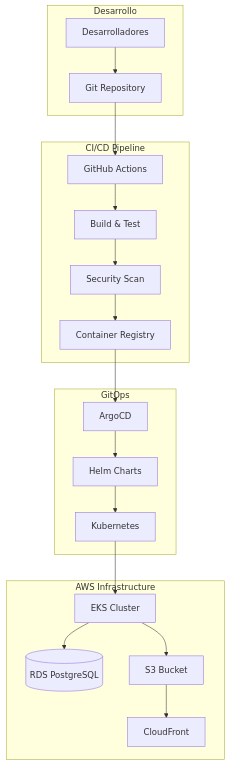
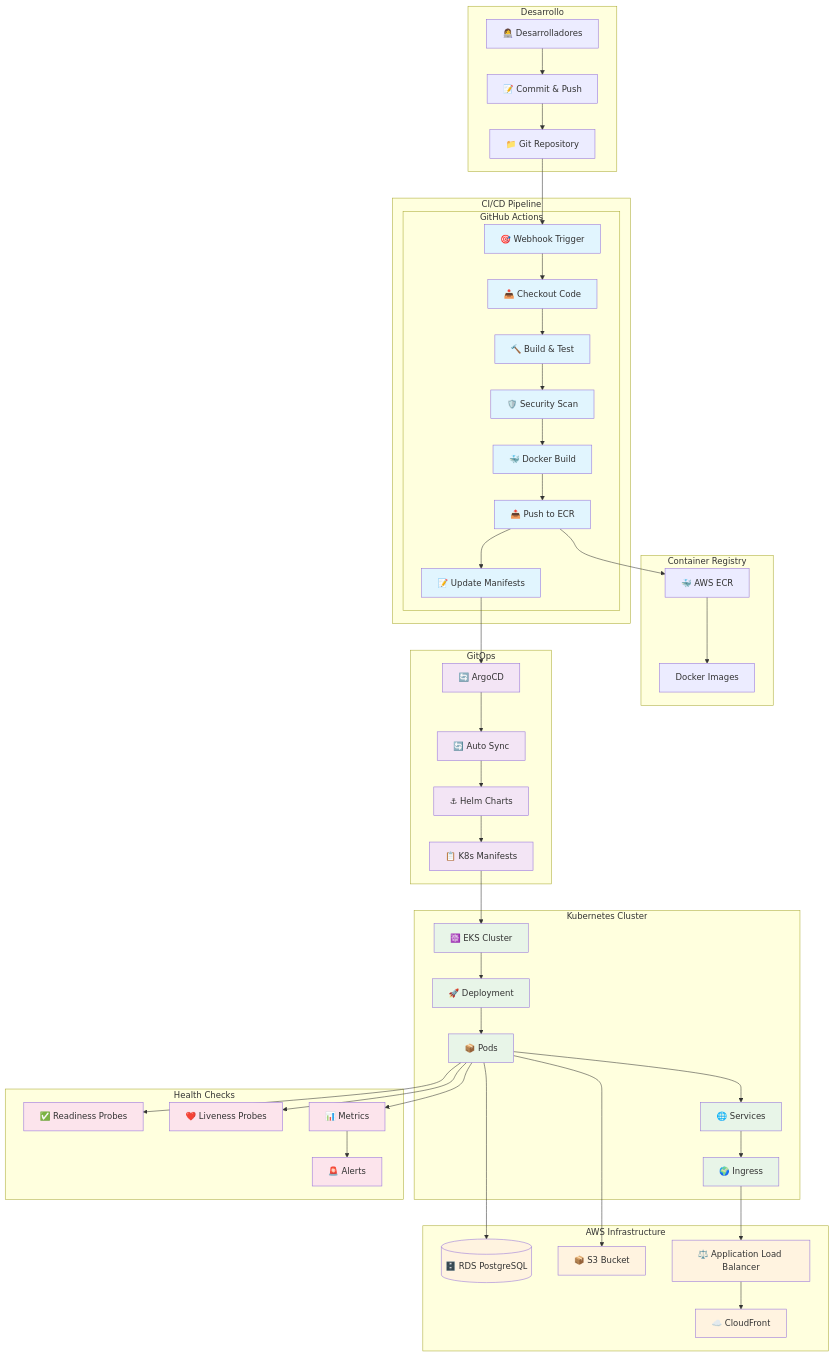
The diagram in deployment.mdx (retrogamecloud/docs), drawn with Mermaid before and after one commit. The commit also changed other lines of this file and 19 other files, not shown here.

````diff
--- a/deployment.mdx
+++ b/deployment.mdx
@@ -13,41 +13,101 @@
 ```mermaid
 graph TB
     subgraph "Desarrollo"
-        DEV[Desarrolladores]
-        GIT[Git Repository]
+        DEV[👩‍💻 Desarrolladores]
+        GIT[📁 Git Repository]
+        COMMIT[📝 Commit & Push]
     end
 
     subgraph "CI/CD Pipeline"
-        GHA[GitHub Actions]
-        BUILD[Build & Test]
-        SCAN[Security Scan]
-        REG[Container Registry]
+        subgraph "GitHub Actions"
+            TRIGGER[🎯 Webhook Trigger]
+            CHECKOUT[📥 Checkout Code]
+            BUILD[🔨 Build & Test]
+            SCAN[🛡️ Security Scan]
+            DOCKER[🐳 Docker Build]
+            PUSH[📤 Push to ECR]
+            UPDATE[📝 Update Manifests]
+        end
+    end
+
+    subgraph "Container Registry"
+        ECR[🐳 AWS ECR]
+        IMAGES[Docker Images]
     end
 
     subgraph "GitOps"
-        ARGO[ArgoCD]
-        HELM[Helm Charts]
-        K8S[Kubernetes]
+        ARGO[🔄 ArgoCD]
+        SYNC[🔄 Auto Sync]
+        HELM[⚓ Helm Charts]
+        MANIFEST[📋 K8s Manifests]
+    end
+
+    subgraph "Kubernetes Cluster"
+        EKS[☸️ EKS Cluster]
+        DEPLOY[🚀 Deployment]
+        PODS[📦 Pods]
+        SVC[🌐 Services]
+        INGRESS[🌍 Ingress]
+    end
+
+    subgraph "Health Checks"
+        READINESS[✅ Readiness Probes]
+        LIVENESS[❤️ Liveness Probes]
+        METRICS[📊 Metrics]
+        ALERTS[🚨 Alerts]
     end
 
     subgraph "AWS Infrastructure"
-        EKS[EKS Cluster]
-        RDS[(RDS PostgreSQL)]
-        S3[S3 Bucket]
-        CF[CloudFront]
+        RDS[(🗄️ RDS PostgreSQL)]
+        S3[📦 S3 Bucket]
+        CF[☁️ CloudFront]
+        ALB[⚖️ Application Load Balancer]
     end
 
-    DEV --> GIT
-    GIT --> GHA
-    GHA --> BUILD
+    %% Flujo principal
+    DEV --> COMMIT
+    COMMIT --> GIT
+    GIT --> TRIGGER
+    TRIGGER --> CHECKOUT
+    CHECKOUT --> BUILD
     BUILD --> SCAN
-    SCAN --> REG
-    REG --> ARGO
-    ARGO --> HELM
-    HELM --> K8S
-    K8S --> EKS
-    EKS --> RDS
-    EKS --> S3
-    S3 --> CF
+    SCAN --> DOCKER
+    DOCKER --> PUSH
+    PUSH --> ECR
+    ECR --> IMAGES
+    PUSH --> UPDATE
+    UPDATE --> ARGO
+    ARGO --> SYNC
+    SYNC --> HELM
+    HELM --> MANIFEST
+    MANIFEST --> EKS
+    EKS --> DEPLOY
+    DEPLOY --> PODS
+    PODS --> SVC
+    SVC --> INGRESS
+    INGRESS --> ALB
 
+    %% Health checks
+    PODS --> READINESS
+    PODS --> LIVENESS
+    PODS --> METRICS
+    METRICS --> ALERTS
+
+    %% Conexiones de infraestructura
+    PODS --> RDS
+    PODS --> S3
+    ALB --> CF
+
+    %% Estilos
+    classDef cicd fill:#e1f5fe
+    classDef gitops fill:#f3e5f5
+    classDef k8s fill:#e8f5e8
+    classDef aws fill:#fff3e0
+    classDef health fill:#fce4ec
+
+    class TRIGGER,CHECKOUT,BUILD,SCAN,DOCKER,PUSH,UPDATE cicd
+    class ARGO,SYNC,HELM,MANIFEST gitops
+    class EKS,DEPLOY,PODS,SVC,INGRESS k8s
+    class RDS,S3,CF,ALB aws
+    class READINESS,LIVENESS,METRICS,ALERTS health
 ```
````
